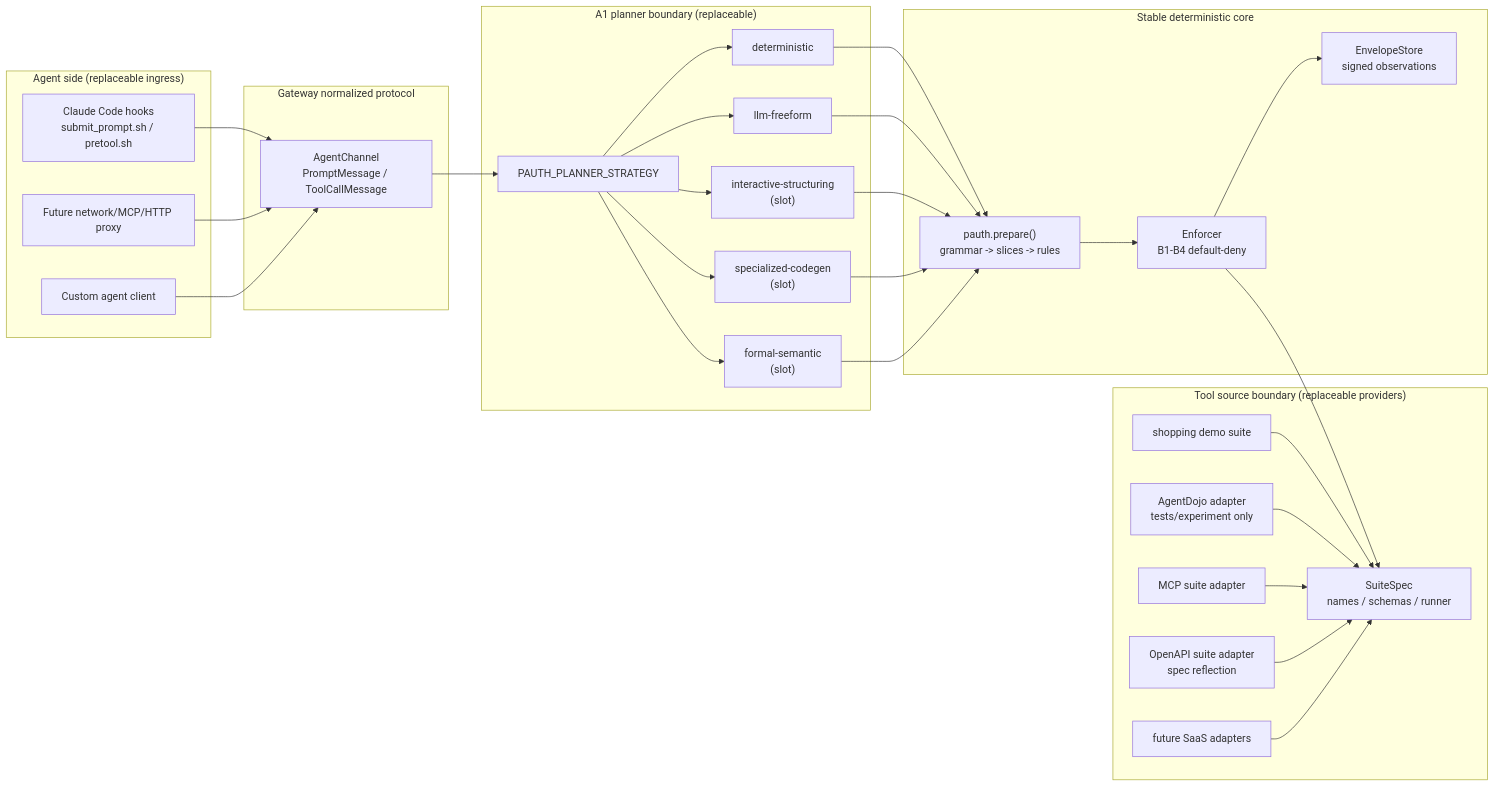
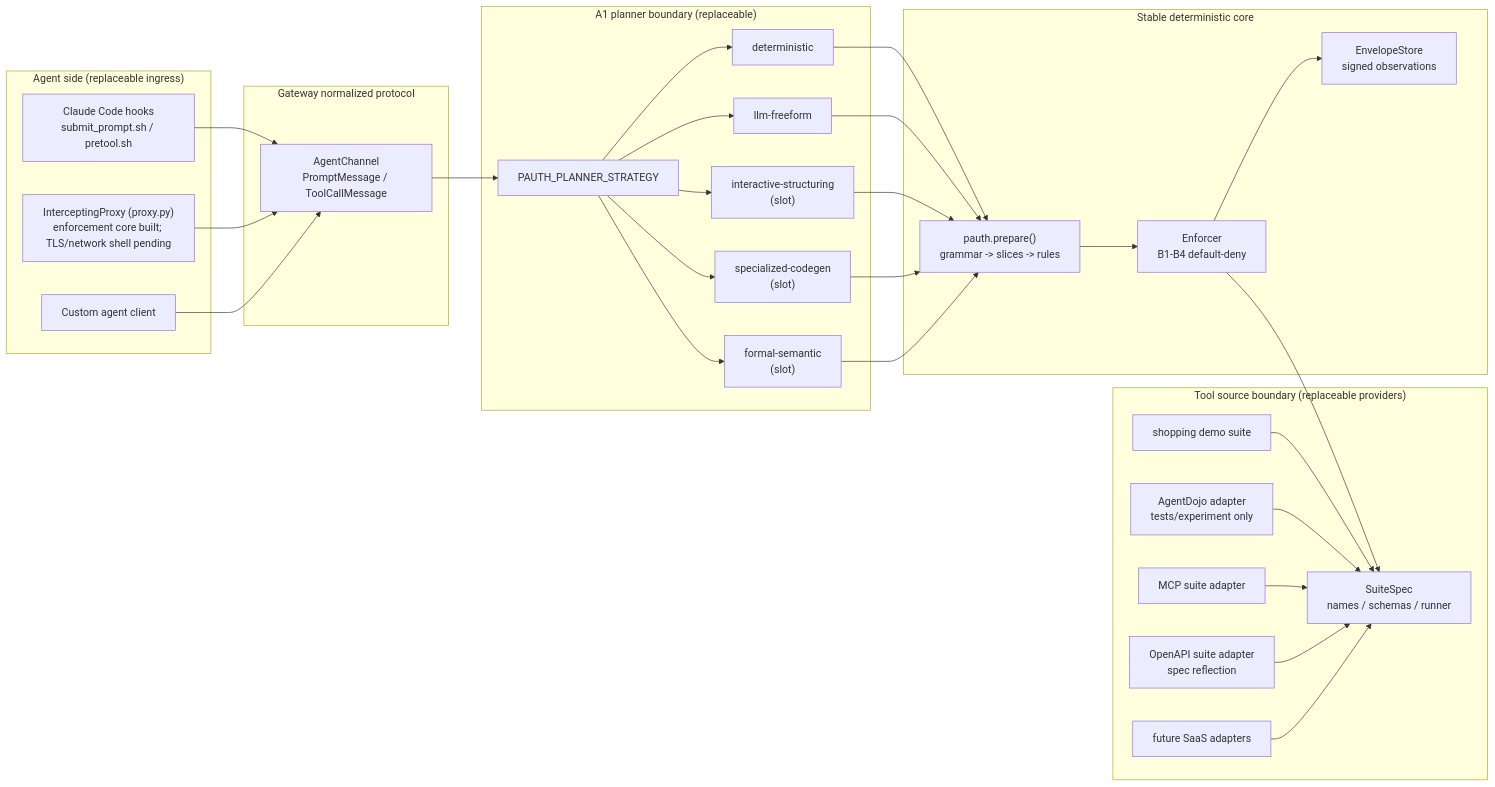
Before and after one commit to Aj1905/PAuthGateway: the first of 2 diagrams in architecture.md, drawn with Mermaid. The commit also changed other lines of this file and 11 other files, not shown here.

````diff
--- a/architecture.md
+++ b/architecture.md
@@ -80,63 +80,63 @@
 ```mermaid
 flowchart LR
     subgraph AgentSide["Agent side (replaceable ingress)"]
         ClaudeHooks["Claude Code hooks\nsubmit_prompt.sh / pretool.sh"]
-        FutureProxy["Future network/MCP/HTTP proxy"]
+        Proxy["InterceptingProxy (proxy.py)\nenforcement core built; TLS/network shell pending"]
         CustomClient["Custom agent client"]
     end
 
     subgraph GatewayBoundary["Gateway normalized protocol"]
         AgentChannel["AgentChannel\nPromptMessage / ToolCallMessage"]
     end
 
     subgraph PlanningBoundary["A1 planner boundary (replaceable)"]
         PlannerSwitch["PAUTH_PLANNER_STRATEGY"]
         Deterministic["deterministic"]
         Freeform["llm-freeform"]
         Interactive["interactive-structuring\n(slot)"]
         Specialized["specialized-codegen\n(slot)"]
         Formal["formal-semantic\n(slot)"]
     end
 
     subgraph StableCore["Stable deterministic core"]
         Prepare["pauth.prepare()\ngrammar -> slices -> rules"]
         Enforcer["Enforcer\nB1-B4 default-deny"]
         Envelope["EnvelopeStore\nsigned observations"]
     end
 
     subgraph ToolSourceBoundary["Tool source boundary (replaceable providers)"]
         SuiteSpec["SuiteSpec\nnames / schemas / runner"]
         Shopping["shopping demo suite"]
         AgentDojo["AgentDojo adapter\ntests/experiment only"]
         MCP["MCP suite adapter"]
         OpenAPI["OpenAPI suite adapter\nspec reflection"]
         FutureSaaS["future SaaS adapters"]
     end
 
     ClaudeHooks --> AgentChannel
-    FutureProxy --> AgentChannel
+    Proxy --> AgentChannel
     CustomClient --> AgentChannel
 
     AgentChannel --> PlannerSwitch
     PlannerSwitch --> Deterministic
     PlannerSwitch --> Freeform
     PlannerSwitch --> Interactive
     PlannerSwitch --> Specialized
     PlannerSwitch --> Formal
 
     Deterministic --> Prepare
     Freeform --> Prepare
     Interactive --> Prepare
     Specialized --> Prepare
     Formal --> Prepare
 
     Prepare --> Enforcer
     Enforcer --> Envelope
     Enforcer --> SuiteSpec
 
     Shopping --> SuiteSpec
     AgentDojo --> SuiteSpec
     MCP --> SuiteSpec
     OpenAPI --> SuiteSpec
     FutureSaaS --> SuiteSpec
 ```
````
